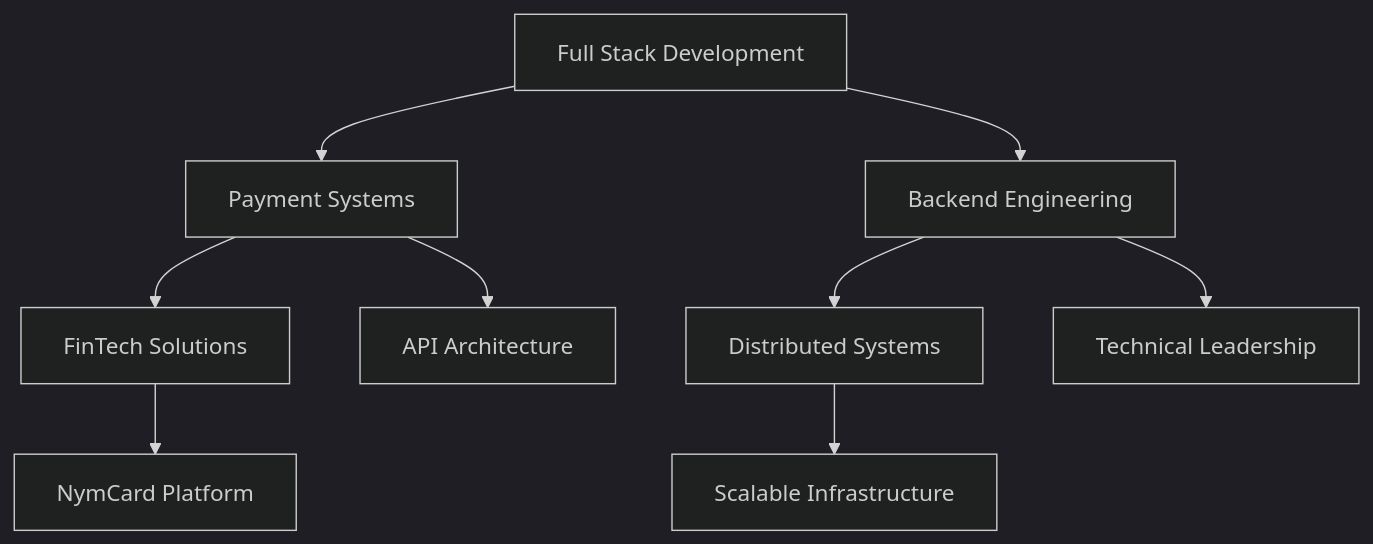
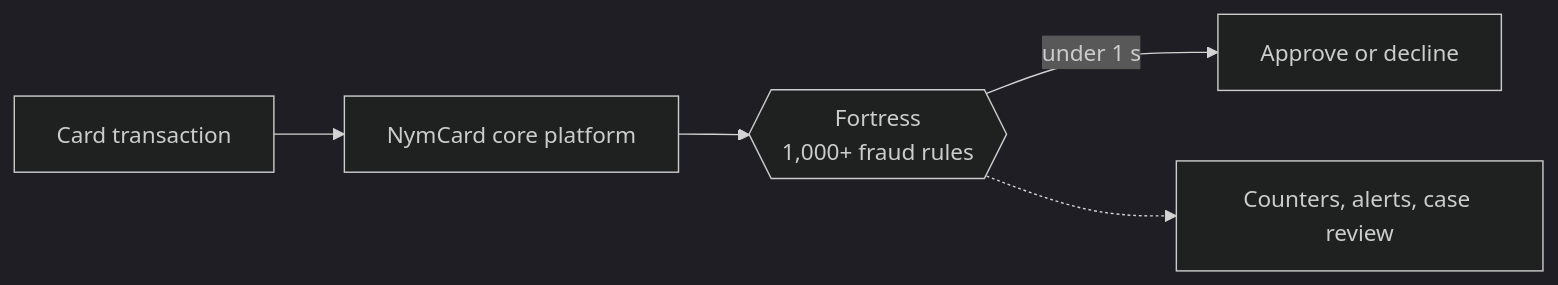
The diagram in README.md (mohitkadwe19/mohitkadwe19), drawn with Mermaid (dark theme) before and after one commit. The commit also changed other lines of this file and 33 other files, not shown here.

````diff
--- a/README.md
+++ b/README.md
@@ -73,11 +27,7 @@
 ```mermaid
-graph TD
-    A[Full Stack Development] --> B[Payment Systems]
-    A --> C[Backend Engineering]
-    B --> D[FinTech Solutions]
-    B --> E[API Architecture]
-    C --> F[Distributed Systems]
-    C --> G[Technical Leadership]
-    D --> H[NymCard Platform]
-    F --> I[Scalable Infrastructure]
+flowchart LR
+    A[Card transaction] --> B[NymCard core platform]
+    B --> C{{Fortress<br/>1,000+ fraud rules}}
+    C -->|under 1 s| D[Approve or decline]
+    C -.-> E[Counters, alerts, case review]
 ```
````
